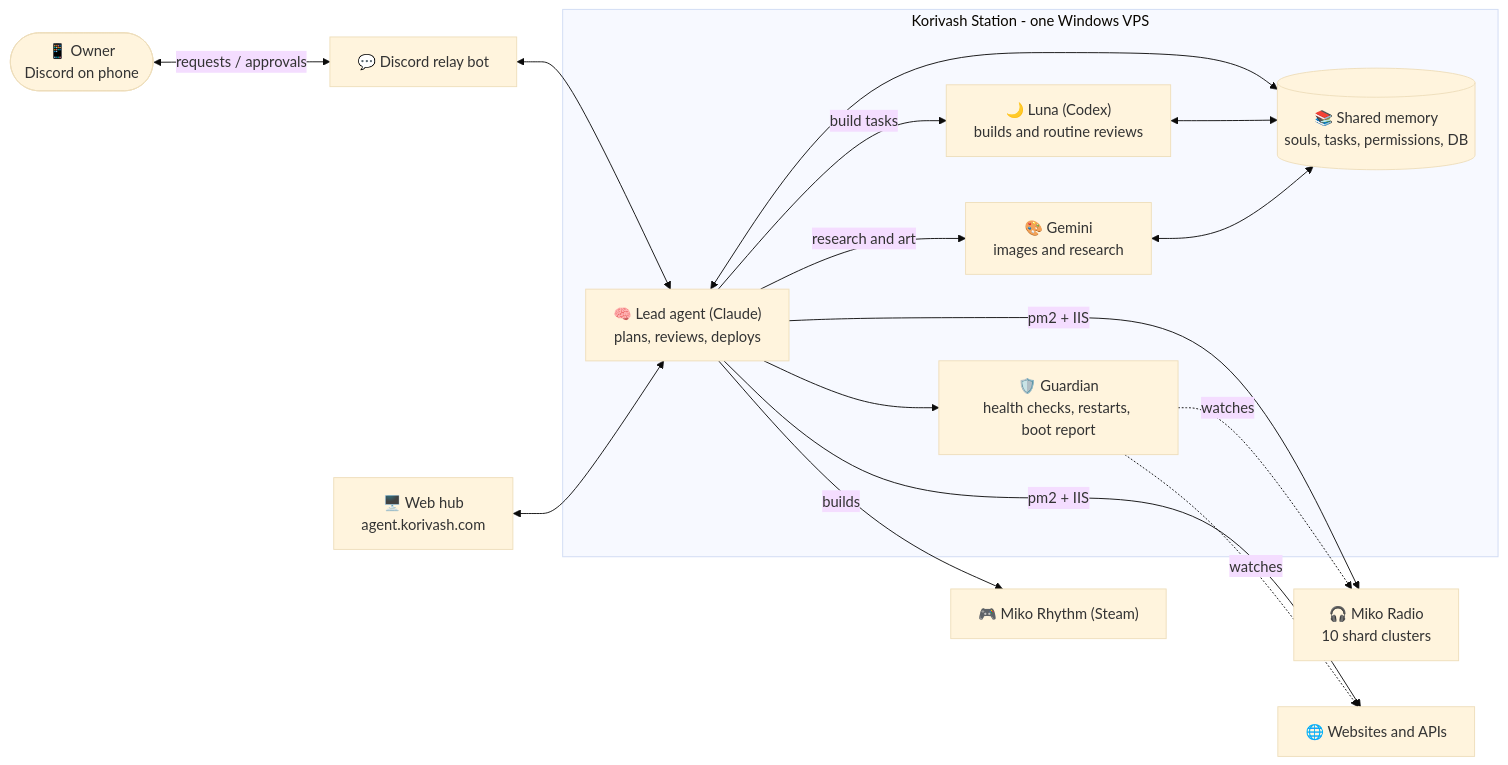
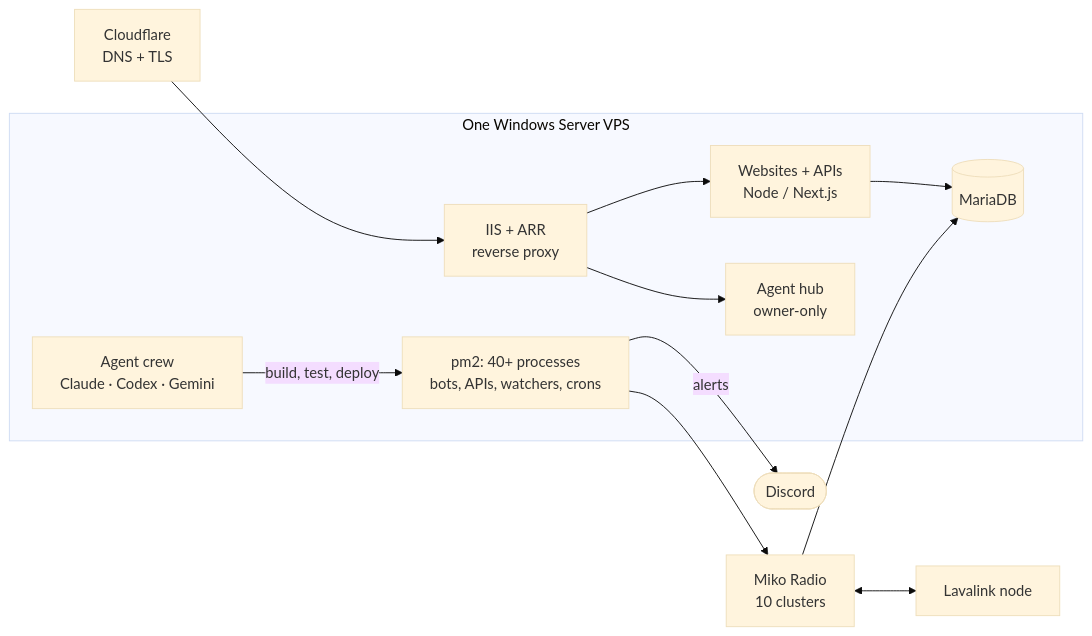
One commit to Korivash/Korivash changed the diagram in README.md. Above: the diagram before and after it, drawn with Mermaid (base theme). The commit also changed other lines of this file and 10 other files, not shown here.

````diff
--- a/README.md
+++ b/README.md
@@ -203,23 +103,20 @@
 ```mermaid
 flowchart LR
-    Owner(["📱 Owner<br/>Discord on phone"]) <-->|requests / approvals| Relay["💬 Discord relay bot"]
-    Relay <--> Lead
-    Hub["🖥️ Web hub<br/>agent.korivash.com"] <--> Lead
-
-    subgraph Station["Korivash Station - one Windows VPS"]
-        Lead["🧠 Lead agent (Claude)<br/>plans, reviews, deploys"]
-        Lead -->|build tasks| Luna["🌙 Luna (Codex)<br/>builds and routine reviews"]
-        Lead -->|research and art| Gem["🎨 Gemini<br/>images and research"]
-        Lead --> Guardian["🛡️ Guardian<br/>health checks, restarts, boot report"]
-        Memory[("📚 Shared memory<br/>souls, tasks, permissions, DB")]
-        Lead <--> Memory
-        Luna <--> Memory
-        Gem <--> Memory
+    CF["Cloudflare<br/>DNS + TLS"] --> IIS["IIS + ARR<br/>reverse proxy"]
+    IIS --> Web["Websites + APIs<br/>Node / Next.js"]
+    IIS --> Hub["Agent hub<br/>owner-only"]
+    subgraph VPS["One Windows Server VPS"]
+        IIS
+        Web
+        Hub
+        PM2["pm2: 40+ processes<br/>bots, APIs, watchers, crons"]
+        DB[("MariaDB")]
+        Agents["Agent crew<br/>Claude · Codex · Gemini"]
     end
-
-    Lead -->|pm2 + IIS| Miko["🎧 Miko Radio<br/>10 shard clusters"]
-    Lead -->|pm2 + IIS| Sites["🌐 Websites and APIs"]
-    Lead -->|builds| Rhythm["🎮 Miko Rhythm (Steam)"]
-    Guardian -.->|watches| Miko
-    Guardian -.->|watches| Sites
+    PM2 --> Miko["Miko Radio<br/>10 clusters"]
+    Miko <--> LL["Lavalink node"]
+    Web --> DB
+    Miko --> DB
+    Agents -->|build, test, deploy| PM2
+    PM2 -->|alerts| Discord(["Discord"])
 ```
````
